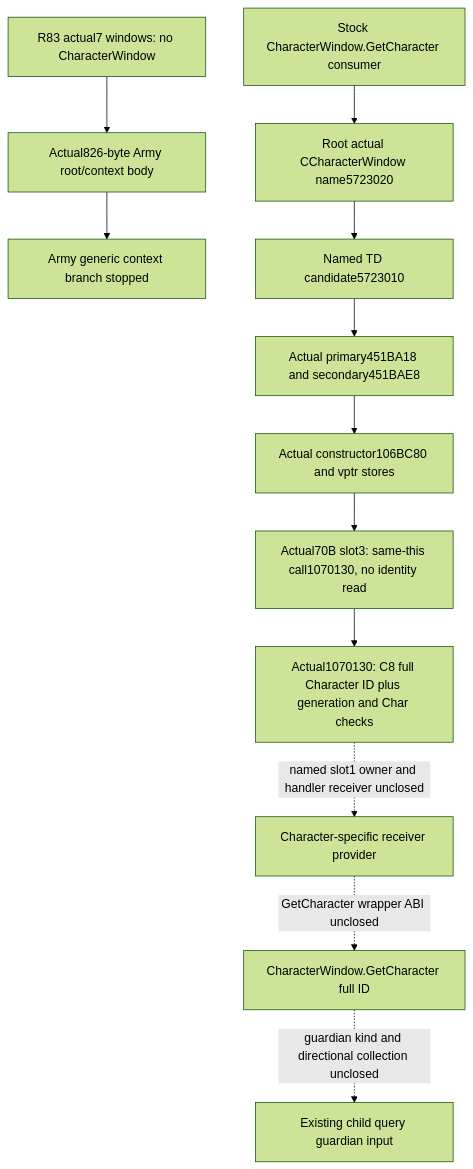
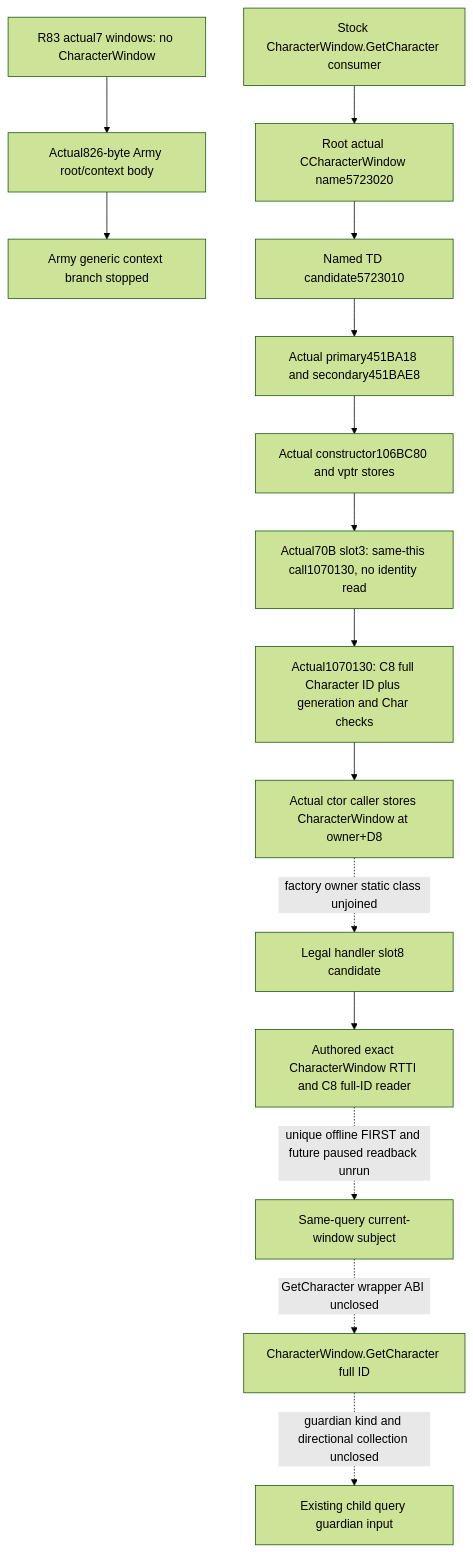
The first of 2 diagrams in docs/ck3-native-ai/character-window-guardian-native-provider-12004.md (XenoAmess/ck3_eternal_recurrence), drawn with Mermaid (forest theme) before and after one commit. The commit also changed other lines of this file and 8 other files, not shown here.

Commit message:
Observe the exact CharacterWindow candidate in the paused child query

````diff
--- a/docs/ck3-native-ai/character-window-guardian-native-provider-12004.md
+++ b/docs/ck3-native-ai/character-window-guardian-native-provider-12004.md
@@ -392,14 +446,17 @@
 ```mermaid
 flowchart TD
   S[R83 actual7 windows: no CharacterWindow] --> A[Actual826-byte Army root/context body]
   A --> X[Army generic context branch stopped]
   G[Stock CharacterWindow.GetCharacter consumer] --> N[Root actual CCharacterWindow name5723020]
   N --> T[Named TD candidate5723010]
   T --> V[Actual primary451BA18 and secondary451BAE8]
   V --> K[Actual constructor106BC80 and vptr stores]
   K --> M[Actual70B slot3: same-this call1070130, no identity read]
   M --> F[Actual1070130: C8 full Character ID plus generation and Char checks]
-  F -. named slot1 owner and handler receiver unclosed .-> R[Character-specific receiver provider]
-  R -. GetCharacter wrapper ABI unclosed .-> C[CharacterWindow.GetCharacter full ID]
+  F --> Q[Actual ctor caller stores CharacterWindow at owner+D8]
+  Q -. factory owner static class unjoined .-> R[Legal handler slot8 candidate]
+  R --> D[Authored exact CharacterWindow RTTI and C8 full-ID reader]
+  D -. unique offline FIRST and future paused readback unrun .-> O[Same-query current-window subject]
+  O -. GetCharacter wrapper ABI unclosed .-> C[CharacterWindow.GetCharacter full ID]
   C -. guardian kind and directional collection unclosed .-> H[Existing child query guardian input]
 ```
````
